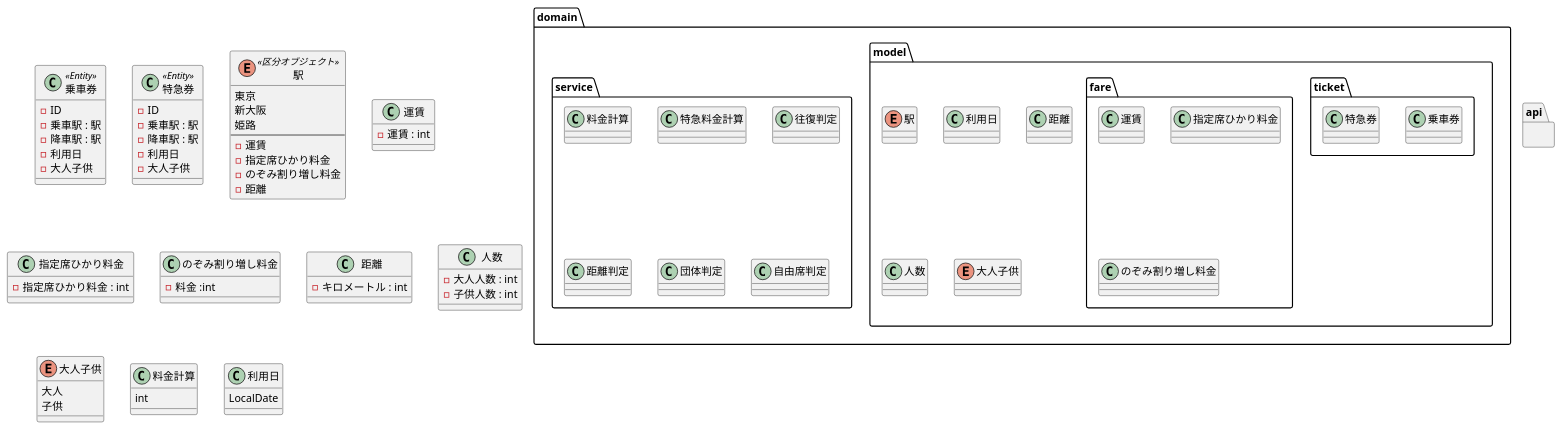
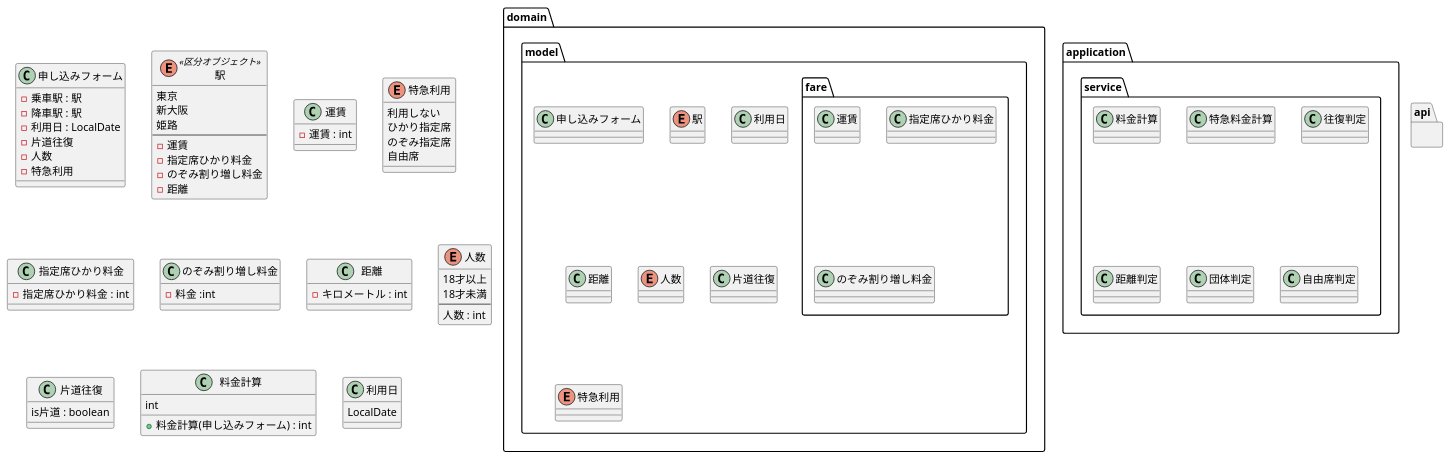
Before and after one commit to MiuraKotaro/jr-pricing: the diagram in uml/class.puml, drawn with PlantUML. The commit also changed 3 other files, not shown here.

```diff
--- a/uml/class.puml
+++ b/uml/class.puml
@@ -1,87 +1,90 @@
 @startuml
 
 package domain {
     package model {
 
+        class 申し込みフォーム
         enum 駅
-        package ticket {
-            class 乗車券
-            class 特急券
-        }
         package fare {
             class 運賃
             class 指定席ひかり料金
             class のぞみ割り増し料金
         }
         class 利用日
         class 距離
-        class 人数
-        enum 大人子供
+        enum 人数
+        class 片道往復
+        enum 特急利用
     }
 
+}
+
+package application {
     package service {
         class 料金計算
         class 特急料金計算
 
         class 往復判定
         class 距離判定
         class 団体判定
         class 自由席判定
     }
 }
 
 package api {
 }
 
-class 乗車券 <<Entity>> {
-    - ID
+class 申し込みフォーム {
     - 乗車駅 : 駅
     - 降車駅 : 駅
-    - 利用日
-    - 大人子供
-}
-class 特急券 <<Entity>> {
-    - ID
-    - 乗車駅 : 駅
-    - 降車駅 : 駅
-    - 利用日
-    - 大人子供
+    - 利用日 : LocalDate
+    - 片道往復
+    - 人数
+    - 特急利用
 }
 enum 駅 <<区分オブジェクト>> {
     東京
     新大阪
     姫路
     --
     - 運賃
     - 指定席ひかり料金
     - のぞみ割り増し料金
     - 距離
 }
 class 運賃 {
     - 運賃 : int
 }
+enum 特急利用 {
+    利用しない
+    ひかり指定席
+    のぞみ指定席
+    自由席
+}
 class 指定席ひかり料金 {
     - 指定席ひかり料金 : int
 }
 class のぞみ割り増し料金 {
     - 料金 :int
 }
 class 距離 {
     - キロメートル : int
 }
-class 人数 {
-    - 大人人数 : int
-    - 子供人数 : int
+enum 人数 {
+    18才以上
+    18才未満
+    --
+    人数 : int
 }
-enum 大人子供 {
-    大人
-    子供
+class 片道往復 {
+    is片道 : boolean
 }
 class 料金計算 {
     int
+    + 料金計算(申し込みフォーム) : int
 }
 class 利用日 {
     LocalDate
 }
 
 @enduml
```
